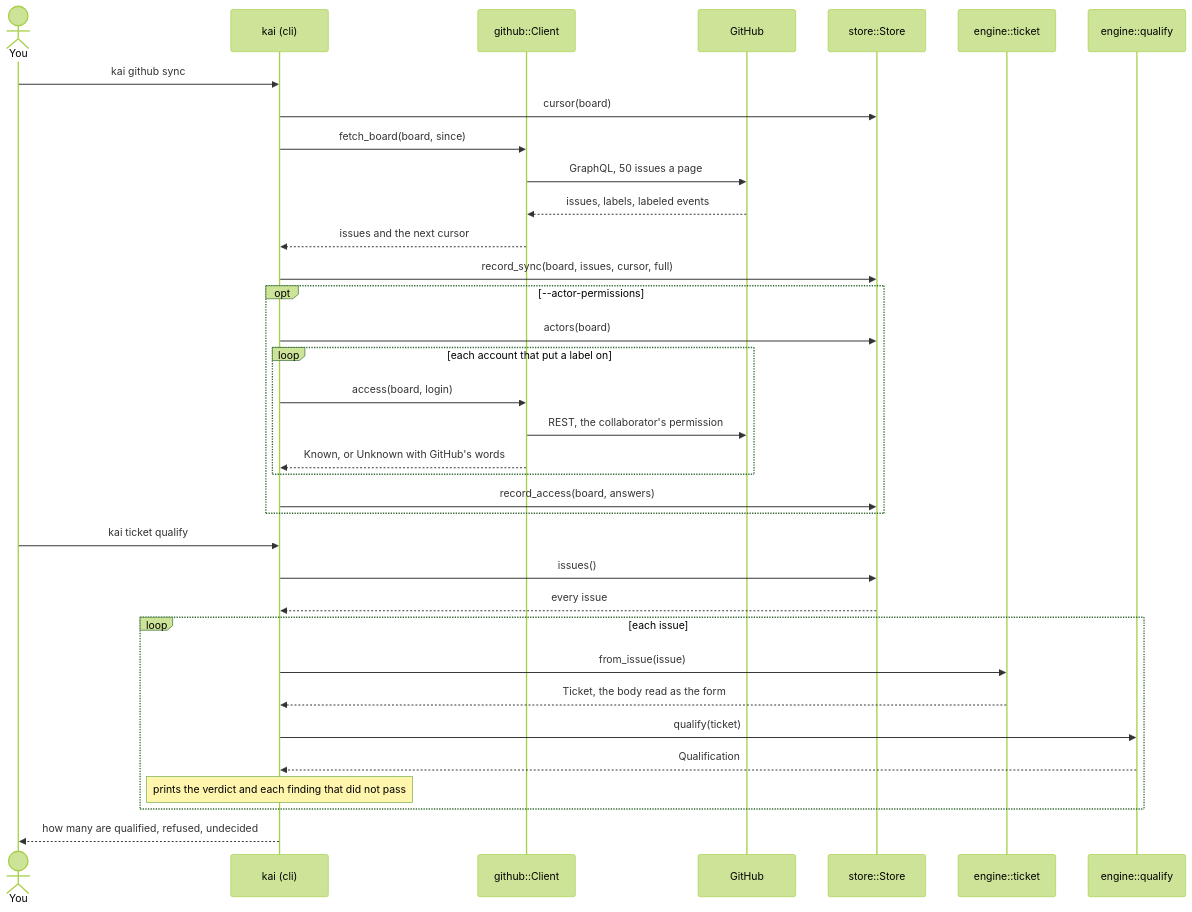
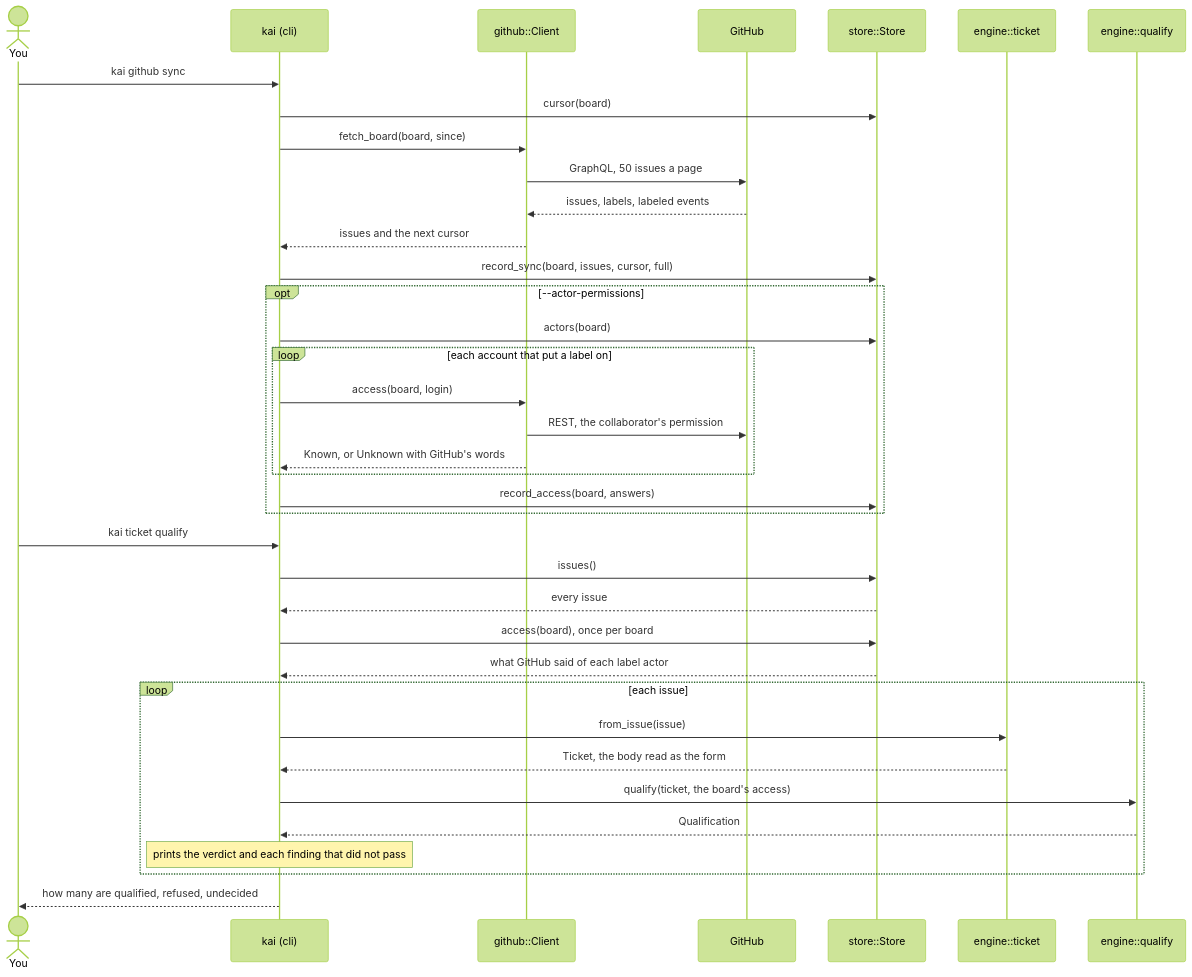
One commit to KombuseLabs/kai changed the fourth of 4 diagrams in docs/qualify.md. Above: the diagram before and after it, drawn with Mermaid (forest theme). The commit also changed other lines of this file and 6 other files, not shown here.

First line of the commit message:
engine: the trust gate judges who put the `kai` label on last

````diff
--- a/docs/qualify.md
+++ b/docs/qualify.md
@@ -188,41 +205,43 @@
 ```mermaid
 %% checked against crates/store, crates/github, crates/engine
-%% drawn from cli::cmd::github::sync#1465a1e2, cli::cmd::ticket::print_qualify#bfc62412
+%% drawn from cli::cmd::github::sync#1465a1e2, cli::cmd::ticket::print_qualify#87a2969f
 sequenceDiagram
     actor You
     participant cli as kai (cli)
     participant gh as github::Client
     participant GitHub
     participant store as store::Store
     participant ticket as engine::ticket
     participant engine as engine::qualify
 
     You->>cli: kai github sync
     cli->>store: cursor(board)
     cli->>gh: fetch_board(board, since)
     gh->>GitHub: GraphQL, 50 issues a page
     GitHub-->>gh: issues, labels, labeled events
     gh-->>cli: issues and the next cursor
     cli->>store: record_sync(board, issues, cursor, full)
     opt --actor-permissions
         cli->>store: actors(board)
         loop each account that put a label on
             cli->>gh: access(board, login)
             gh->>GitHub: REST, the collaborator's permission
             gh-->>cli: Known, or Unknown with GitHub's words
         end
         cli->>store: record_access(board, answers)
     end
 
     You->>cli: kai ticket qualify
     cli->>store: issues()
     store-->>cli: every issue
+    cli->>store: access(board), once per board
+    store-->>cli: what GitHub said of each label actor
     loop each issue
         cli->>ticket: from_issue(issue)
         ticket-->>cli: Ticket, the body read as the form
-        cli->>engine: qualify(ticket)
+        cli->>engine: qualify(ticket, the board's access)
         engine-->>cli: Qualification
         Note over cli: prints the verdict and each finding that did not pass
     end
     cli-->>You: how many are qualified, refused, undecided
 ```
````
